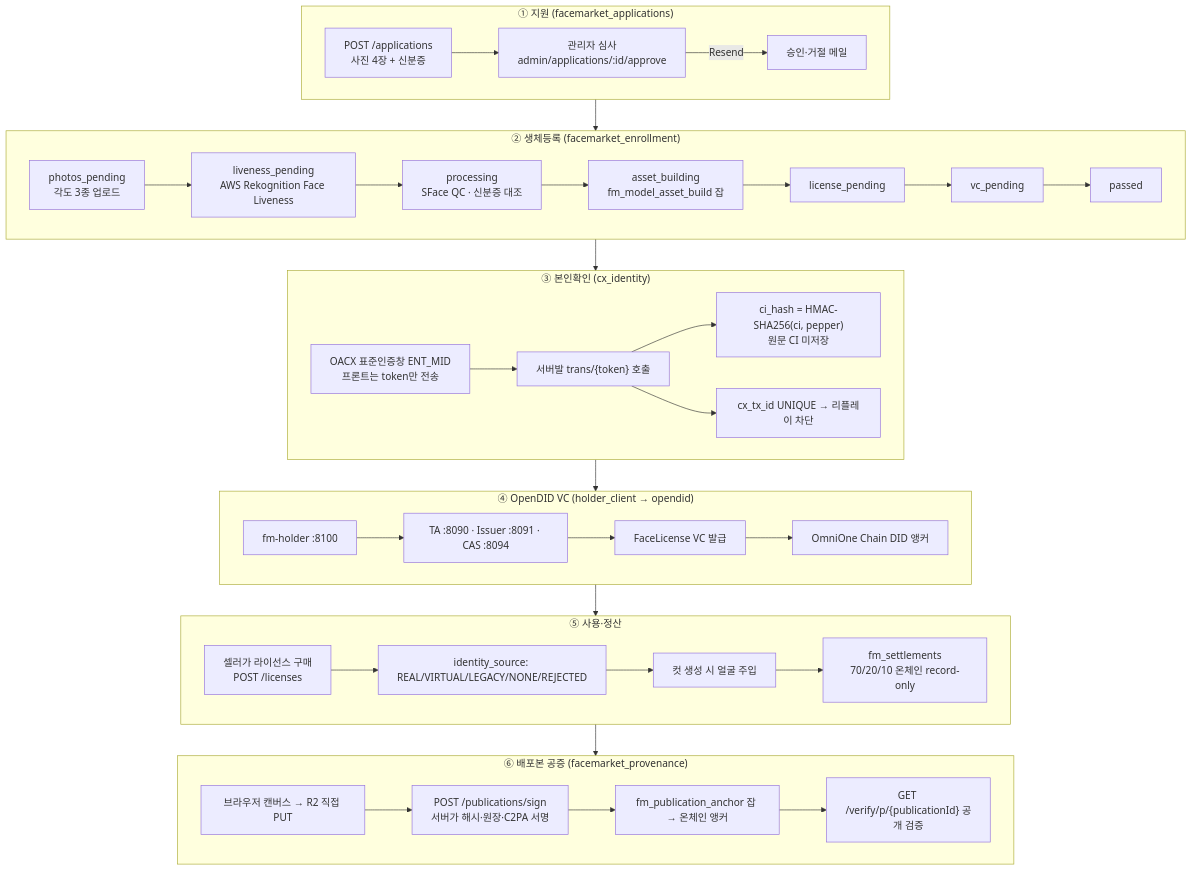
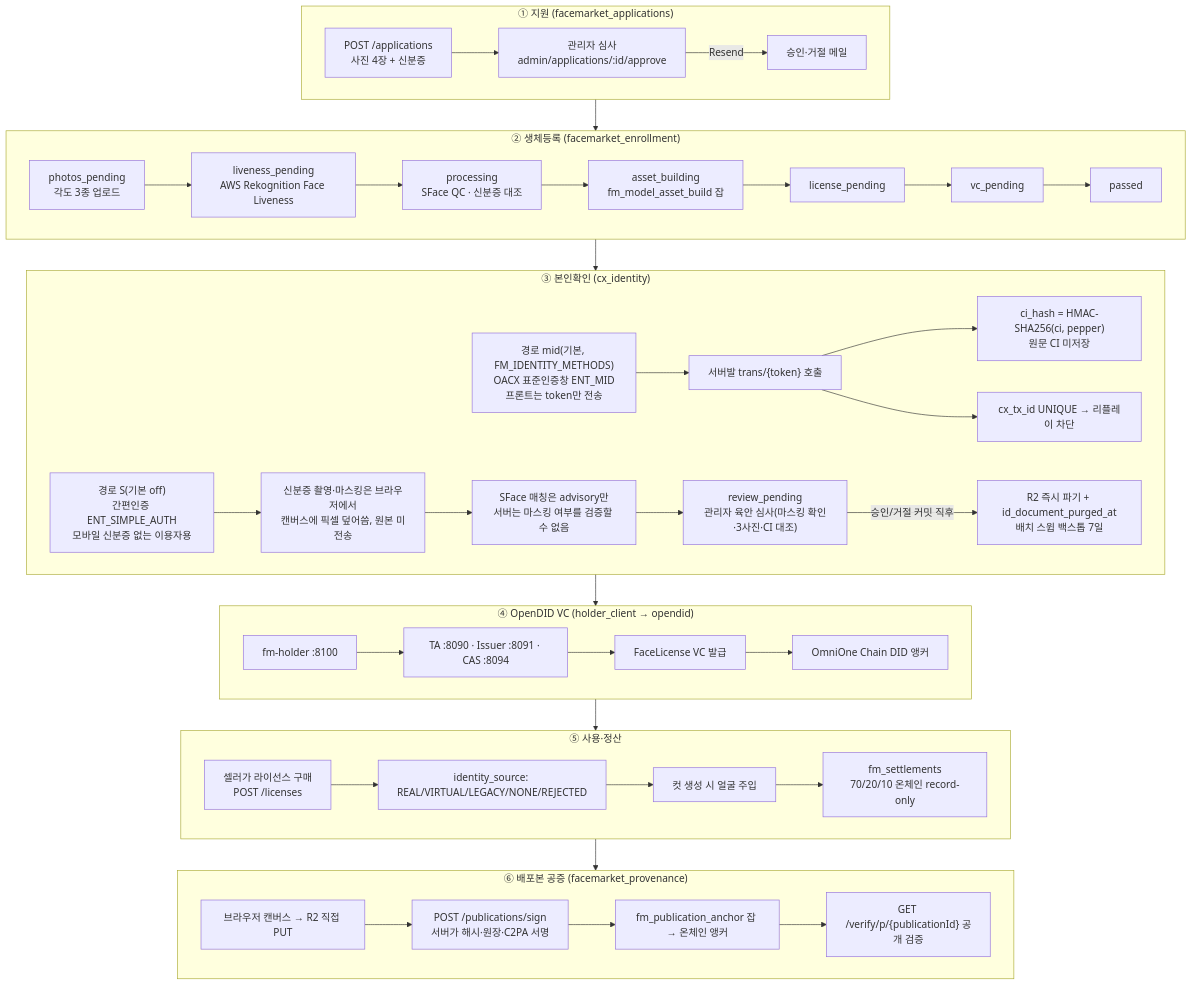
One commit to 1L-SANG/wearless_studio changed diagram 13 of 16 in docs/ARCHITECTURE.md. Above: the diagram before and after it, drawn with Mermaid. The commit also changed other lines of this file and 3 other files, not shown here.

````diff
--- a/docs/ARCHITECTURE.md
+++ b/docs/ARCHITECTURE.md
@@ -518,46 +518,51 @@
 ```mermaid
 graph TB
   subgraph Apply["① 지원 (facemarket_applications)"]
     AP1["POST /applications<br/>사진 4장 + 신분증"] --> AP2["관리자 심사<br/>admin/applications/:id/approve"]
     AP2 -->|"Resend"| MAIL["승인·거절 메일"]
   end
 
   subgraph Enroll["② 생체등록 (facemarket_enrollment)"]
     E1["photos_pending<br/>각도 3종 업로드"] --> E2["liveness_pending<br/>AWS Rekognition Face Liveness"]
     E2 --> E3["processing<br/>SFace QC · 신분증 대조"]
     E3 --> E4["asset_building<br/>fm_model_asset_build 잡"]
     E4 --> E5["license_pending"]
     E5 --> E6["vc_pending"]
     E6 --> E7["passed"]
   end
 
   subgraph Identity["③ 본인확인 (cx_identity)"]
-    C1["OACX 표준인증창 ENT_MID<br/>프론트는 token만 전송"] --> C2["서버발 trans/{token} 호출"]
+    C1["경로 mid(기본, FM_IDENTITY_METHODS)<br/>OACX 표준인증창 ENT_MID<br/>프론트는 token만 전송"] --> C2["서버발 trans/{token} 호출"]
     C2 --> C3["ci_hash = HMAC-SHA256(ci, pepper)<br/>원문 CI 미저장"]
     C2 --> C4["cx_tx_id UNIQUE → 리플레이 차단"]
+
+    S1["경로 S(기본 off)<br/>간편인증 ENT_SIMPLE_AUTH<br/>모바일 신분증 없는 이용자용"] --> S2["신분증 촬영·마스킹은 브라우저에서<br/>캔버스에 픽셀 덮어씀, 원본 미전송"]
+    S2 --> S3["SFace 매칭은 advisory만<br/>서버는 마스킹 여부를 검증할 수 없음"]
+    S3 --> S4["review_pending<br/>관리자 육안 심사(마스킹 확인·3사진·CI 대조)"]
+    S4 -->|"승인/거절 커밋 직후"| S5["R2 즉시 파기 + id_document_purged_at<br/>배치 스윕 백스톱 7일"]
   end
 
   subgraph VC["④ OpenDID VC (holder_client → opendid)"]
     V1["fm-holder :8100"] --> V2["TA :8090 · Issuer :8091 · CAS :8094"]
     V2 --> V3["FaceLicense VC 발급"]
     V3 --> V4["OmniOne Chain DID 앵커"]
   end
 
   subgraph Use["⑤ 사용·정산"]
     U1["셀러가 라이선스 구매<br/>POST /licenses"] --> U2["identity_source: REAL/VIRTUAL/LEGACY/NONE/REJECTED"]
     U2 --> U3["컷 생성 시 얼굴 주입"]
     U3 --> U4["fm_settlements<br/>70/20/10 온체인 record-only"]
   end
 
   subgraph Prov["⑥ 배포본 공증 (facemarket_provenance)"]
     P1["브라우저 캔버스 → R2 직접 PUT"] --> P2["POST /publications/sign<br/>서버가 해시·원장·C2PA 서명"]
     P2 --> P3["fm_publication_anchor 잡 → 온체인 앵커"]
     P3 --> P4["GET /verify/p/{publicationId} 공개 검증"]
   end
 
   Apply --> Enroll
   Enroll --> Identity
   Identity --> VC
   VC --> Use
   Use --> Prov
 ```
````
